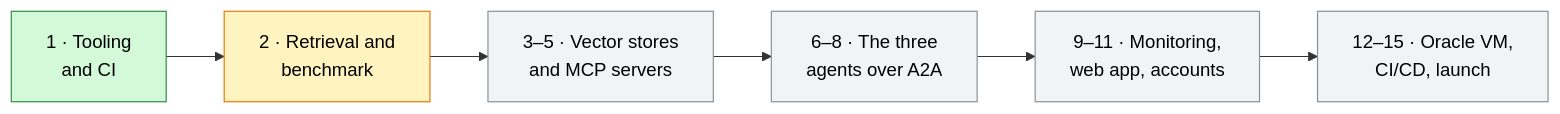
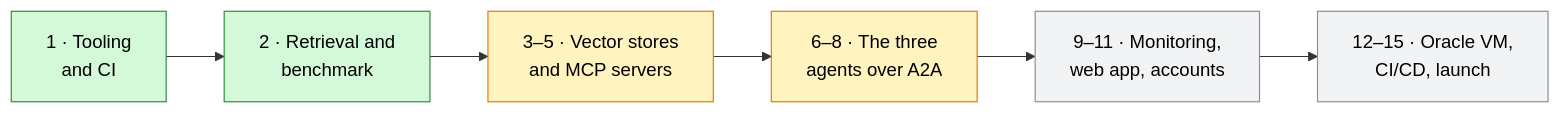
One commit to BijanProjects/RAGMed changed the seventh of 7 diagrams in README.md. Above: the diagram before and after it, drawn with Mermaid. The commit also changed other lines of this file and 2 other files, not shown here.

First line of the commit message:
docs: record every retrieval experiment and the final choices

````diff
--- a/README.md
+++ b/README.md
@@ -316,12 +392,12 @@
 ```mermaid
 flowchart LR
-    P1["1 · Tooling<br/>and CI"]:::done --> P2["2 · Retrieval and<br/>benchmark"]:::now
-    P2 --> P3["3–5 · Vector stores<br/>and MCP servers"]:::todo
-    P3 --> P4["6–8 · The three<br/>agents over A2A"]:::todo
+    P1["1 · Tooling<br/>and CI"]:::done --> P2["2 · Retrieval and<br/>benchmark"]:::done
+    P2 --> P3["3–5 · Vector stores<br/>and MCP servers"]:::now
+    P3 --> P4["6–8 · The three<br/>agents over A2A"]:::now
     P4 --> P5["9–11 · Monitoring,<br/>web app, accounts"]:::todo
     P5 --> P6["12–15 · Oracle VM,<br/>CI/CD, launch"]:::todo
 
     classDef done fill:#d3f9d8,stroke:#2b8a3e,color:#000
     classDef now fill:#fff3bf,stroke:#e67700,color:#000
     classDef todo fill:#f1f3f5,stroke:#868e96,color:#000
 ```
````
